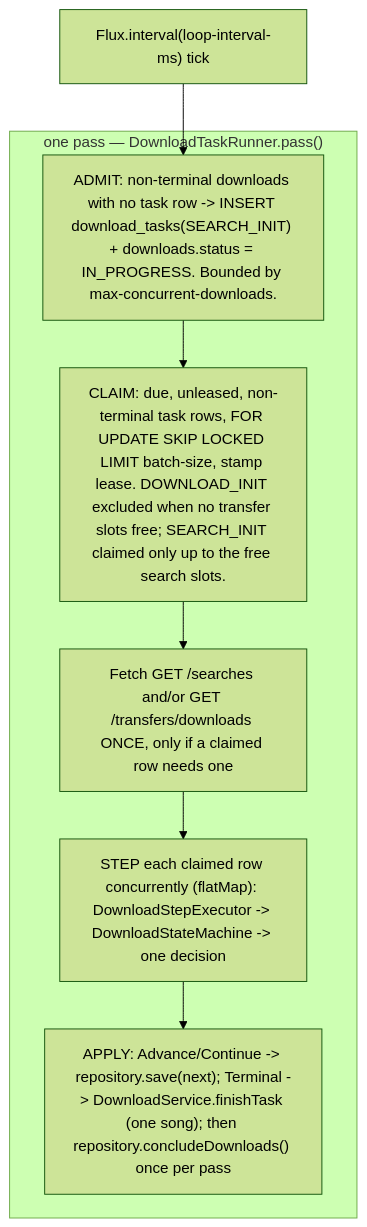
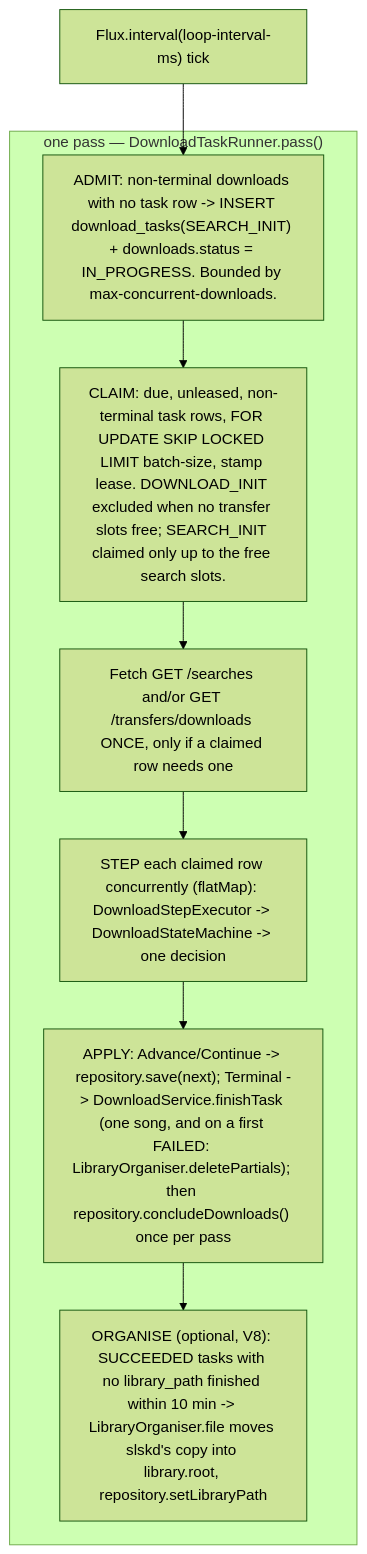
One commit to catacomb5099/naviseerr changed the diagram in docs/architecture/download-manager.md. Above: the diagram before and after it, drawn with Mermaid (forest theme). The commit also changed other lines of this file and 11 other files, not shown here.

````diff
--- a/docs/architecture/download-manager.md
+++ b/docs/architecture/download-manager.md
@@ -18,11 +18,12 @@
 ```mermaid
 flowchart TD
     tick["Flux.interval(loop-interval-ms) tick"] --> admit
     subgraph pass ["one pass — DownloadTaskRunner.pass()"]
       admit["ADMIT: non-terminal downloads with no task row -> INSERT download_tasks(SEARCH_INIT) + downloads.status = IN_PROGRESS. Bounded by max-concurrent-downloads."]
       admit --> claim["CLAIM: due, unleased, non-terminal task rows, FOR UPDATE SKIP LOCKED LIMIT batch-size, stamp lease. DOWNLOAD_INIT excluded when no transfer slots free; SEARCH_INIT claimed only up to the free search slots."]
       claim --> fetch["Fetch GET /searches and/or GET /transfers/downloads ONCE, only if a claimed row needs one"]
       fetch --> step["STEP each claimed row concurrently (flatMap): DownloadStepExecutor -> DownloadStateMachine -> one decision"]
-      step --> apply["APPLY: Advance/Continue -> repository.save(next); Terminal -> DownloadService.finishTask (one song); then repository.concludeDownloads() once per pass"]
+      step --> apply["APPLY: Advance/Continue -> repository.save(next); Terminal -> DownloadService.finishTask (one song, and on a first FAILED: LibraryOrganiser.deletePartials); then repository.concludeDownloads() once per pass"]
+      apply --> organise["ORGANISE (optional, V8): SUCCEEDED tasks with no library_path finished within 10 min -> LibraryOrganiser.file moves slskd's copy into library.root, repository.setLibraryPath"]
     end
 ```
````
